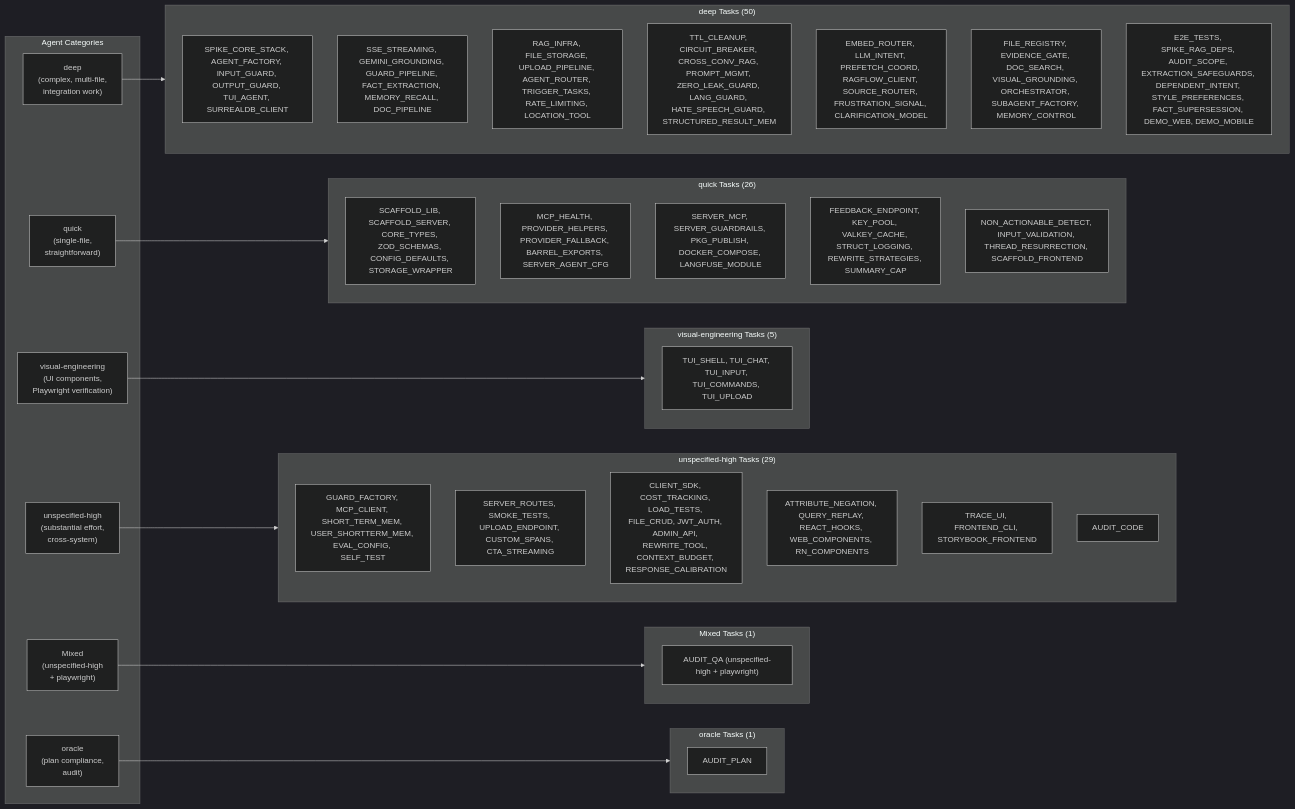
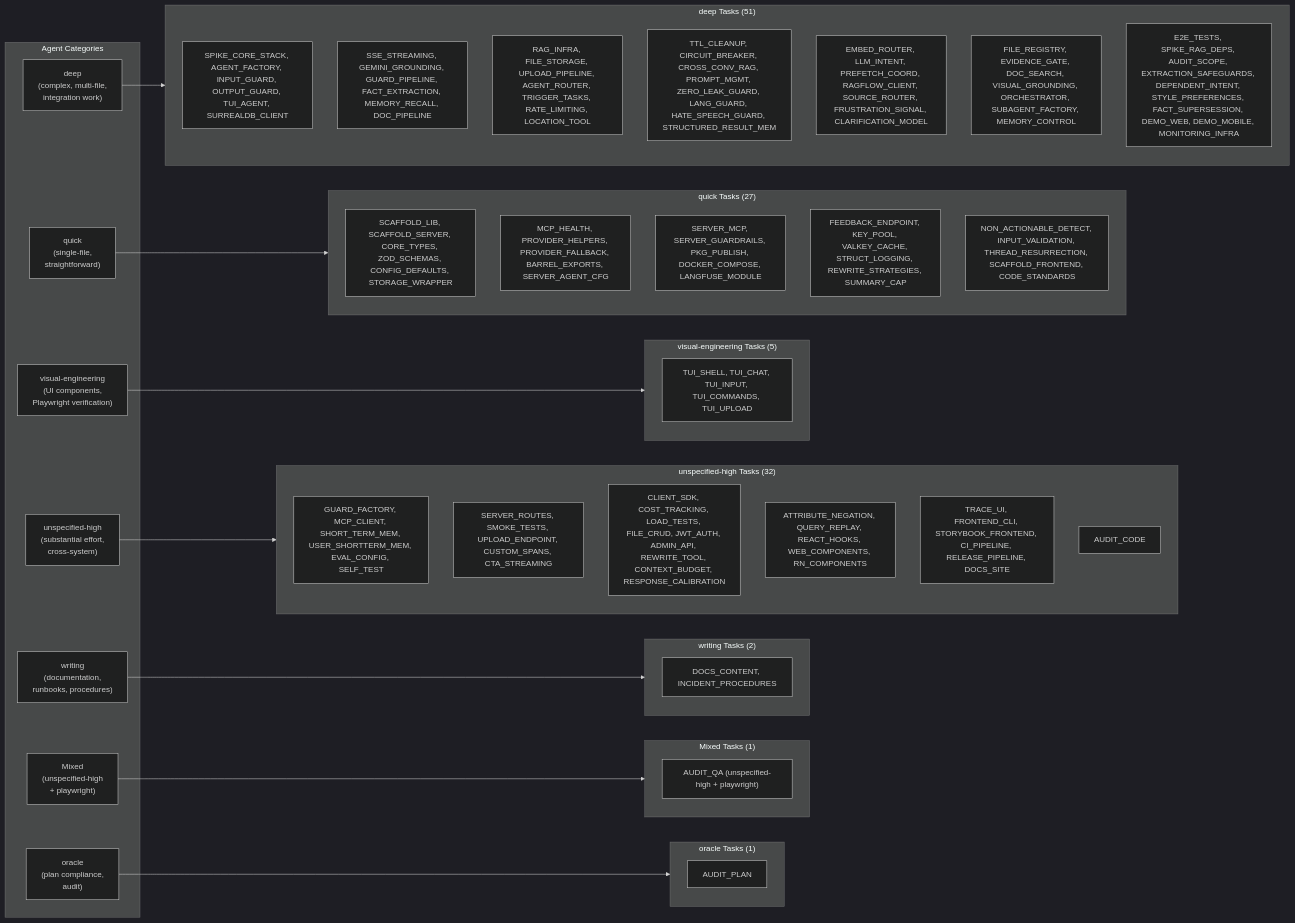
One commit to 1qh/safeagent changed the ninth of 10 diagrams in plan/17-execution.md. Above: the diagram before and after it, drawn with Mermaid (dark theme). The commit also changed other lines of this file, not shown here.

Commit message:
integrate 7 new tasks from files 20-23 into execution plan: CODE_STANDARDS, CI_PIPELINE, RELEASE_PIPELINE, DOCS_SITE, DOCS_CONTENT, MONITORING_INFRA, INCIDENT_PROCEDURES

````diff
--- a/plan/17-execution.md
+++ b/plan/17-execution.md
@@ -867,57 +903,63 @@
 ```mermaid
 graph LR
     subgraph AGENT_TYPES["Agent Categories"]
         DEEP["deep<br/>(complex, multi-file,<br/>integration work)"]
         QUICK["quick<br/>(single-file,<br/>straightforward)"]
         VIS["visual-engineering<br/>(UI components,<br/>Playwright verification)"]
         UHIGH["unspecified-high<br/>(substantial effort,<br/>cross-system)"]
+        WRITING["writing<br/>(documentation,<br/>runbooks, procedures)"]
         MIXED["Mixed<br/>(unspecified-high<br/>+ playwright)"]
         ORACLE["oracle<br/>(plan compliance,<br/>audit)"]
     end
 
-    subgraph DEEP_TASKS["deep Tasks (50)"]
+    subgraph DEEP_TASKS["deep Tasks (51)"]
         DEEP_FOUND["SPIKE_CORE_STACK, AGENT_FACTORY, INPUT_GUARD, OUTPUT_GUARD, TUI_AGENT, SURREALDB_CLIENT"]
         DEEP_STREAM["SSE_STREAMING, GEMINI_GROUNDING, GUARD_PIPELINE, FACT_EXTRACTION, MEMORY_RECALL, DOC_PIPELINE"]
         DEEP_RAG["RAG_INFRA, FILE_STORAGE, UPLOAD_PIPELINE, AGENT_ROUTER, TRIGGER_TASKS, RATE_LIMITING, LOCATION_TOOL"]
         DEEP_INFRA["TTL_CLEANUP, CIRCUIT_BREAKER, CROSS_CONV_RAG, PROMPT_MGMT, ZERO_LEAK_GUARD, LANG_GUARD, HATE_SPEECH_GUARD, STRUCTURED_RESULT_MEM"]
         DEEP_INTENT["EMBED_ROUTER, LLM_INTENT, PREFETCH_COORD, RAGFLOW_CLIENT, SOURCE_ROUTER, FRUSTRATION_SIGNAL, CLARIFICATION_MODEL"]
         DEEP_INTEL["FILE_REGISTRY, EVIDENCE_GATE, DOC_SEARCH, VISUAL_GROUNDING, ORCHESTRATOR, SUBAGENT_FACTORY, MEMORY_CONTROL"]
-        DEEP_FINAL["E2E_TESTS, SPIKE_RAG_DEPS, AUDIT_SCOPE, EXTRACTION_SAFEGUARDS, DEPENDENT_INTENT, STYLE_PREFERENCES, FACT_SUPERSESSION, DEMO_WEB, DEMO_MOBILE"]
+        DEEP_FINAL["E2E_TESTS, SPIKE_RAG_DEPS, AUDIT_SCOPE, EXTRACTION_SAFEGUARDS, DEPENDENT_INTENT, STYLE_PREFERENCES, FACT_SUPERSESSION, DEMO_WEB, DEMO_MOBILE, MONITORING_INFRA"]
     end
 
-    subgraph QUICK_TASKS["quick Tasks (26)"]
+    subgraph QUICK_TASKS["quick Tasks (27)"]
         QUICK_FOUND["SCAFFOLD_LIB, SCAFFOLD_SERVER, CORE_TYPES, ZOD_SCHEMAS, CONFIG_DEFAULTS, STORAGE_WRAPPER"]
         QUICK_INFRA["MCP_HEALTH, PROVIDER_HELPERS, PROVIDER_FALLBACK, BARREL_EXPORTS, SERVER_AGENT_CFG"]
         QUICK_SERVER["SERVER_MCP, SERVER_GUARDRAILS, PKG_PUBLISH, DOCKER_COMPOSE, LANGFUSE_MODULE"]
         QUICK_UTIL["FEEDBACK_ENDPOINT, KEY_POOL, VALKEY_CACHE, STRUCT_LOGGING, REWRITE_STRATEGIES, SUMMARY_CAP"]
-        QUICK_ENGINE["NON_ACTIONABLE_DETECT, INPUT_VALIDATION, THREAD_RESURRECTION, SCAFFOLD_FRONTEND"]
+        QUICK_ENGINE["NON_ACTIONABLE_DETECT, INPUT_VALIDATION, THREAD_RESURRECTION, SCAFFOLD_FRONTEND, CODE_STANDARDS"]
     end
 
     subgraph VIS_TASKS["visual-engineering Tasks (5)"]
         VIS_TUI_TASKS["TUI_SHELL, TUI_CHAT, TUI_INPUT, TUI_COMMANDS, TUI_UPLOAD"]
     end
 
-    subgraph U_HIGH_TASKS["unspecified-high Tasks (29)"]
+    subgraph U_HIGH_TASKS["unspecified-high Tasks (32)"]
         UHIGH_GUARD_MCP["GUARD_FACTORY, MCP_CLIENT, SHORT_TERM_MEM, USER_SHORTTERM_MEM, EVAL_CONFIG, SELF_TEST"]
         UHIGH_SERVER_SMOKE["SERVER_ROUTES, SMOKE_TESTS, UPLOAD_ENDPOINT, CUSTOM_SPANS, CTA_STREAMING"]
         UHIGH_CLIENT_COST["CLIENT_SDK, COST_TRACKING, LOAD_TESTS, FILE_CRUD, JWT_AUTH, ADMIN_API, REWRITE_TOOL, CONTEXT_BUDGET, RESPONSE_CALIBRATION"]
         UHIGH_INTENT["ATTRIBUTE_NEGATION, QUERY_REPLAY, REACT_HOOKS, WEB_COMPONENTS, RN_COMPONENTS"]
-        UHIGH_FRONTEND["TRACE_UI, FRONTEND_CLI, STORYBOOK_FRONTEND"]
+        UHIGH_FRONTEND["TRACE_UI, FRONTEND_CLI, STORYBOOK_FRONTEND, CI_PIPELINE, RELEASE_PIPELINE, DOCS_SITE"]
         UHIGH_AUDIT_CODE["AUDIT_CODE"]
+    end
+
+    subgraph WRITING_TASKS["writing Tasks (2)"]
+        WRITING_OPS["DOCS_CONTENT, INCIDENT_PROCEDURES"]
     end
 
     subgraph MIXED_TASKS["Mixed Tasks (1)"]
         MIXED_AUDIT_QA["AUDIT_QA (unspecified-high + playwright)"]
     end
 
     subgraph ORACLE_TASKS["oracle Tasks (1)"]
         ORACLE_AUDIT_PLAN["AUDIT_PLAN"]
     end
 
     DEEP --> DEEP_TASKS
     QUICK --> QUICK_TASKS
     VIS --> VIS_TASKS
     UHIGH --> U_HIGH_TASKS
+    WRITING --> WRITING_TASKS
     MIXED --> MIXED_TASKS
     ORACLE --> ORACLE_TASKS
 ```
````
